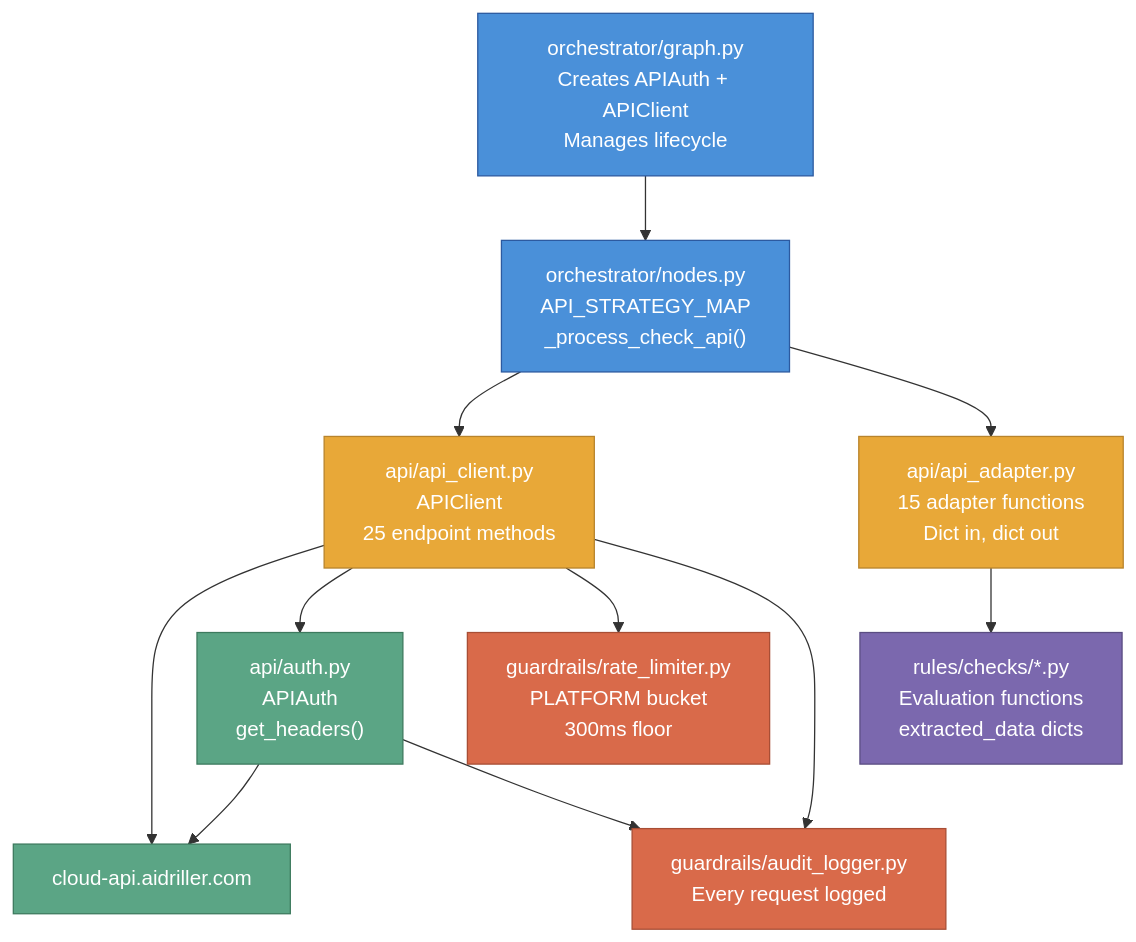
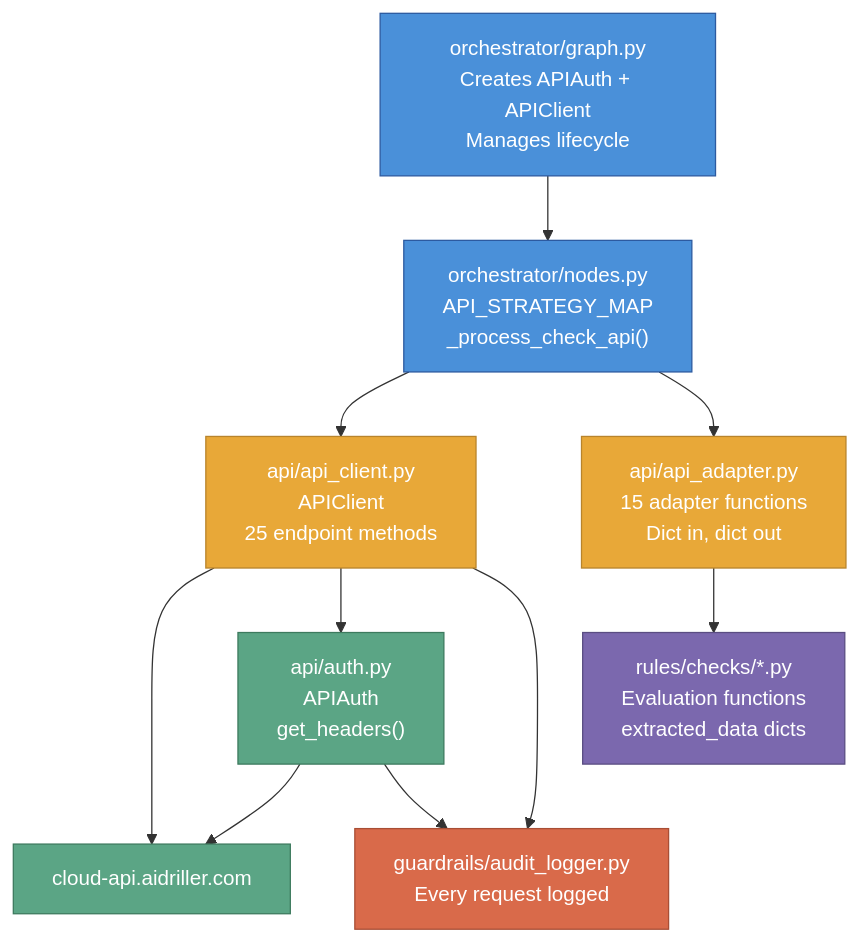
Before and after one commit to robert-blue-datascience/qc-agent-wiki: the diagram in technical/api-layer.md, drawn with Mermaid. The commit also changed other lines of this file and 9 other files, not shown here.

````diff
--- a/technical/api-layer.md
+++ b/technical/api-layer.md
@@ -34,23 +34,21 @@
 ```mermaid
 flowchart TD
     A["orchestrator/graph.py\nCreates APIAuth + APIClient\nManages lifecycle"] --> B["orchestrator/nodes.py\nAPI_STRATEGY_MAP\n_process_check_api()"]
     B --> C["api/api_client.py\nAPIClient\n25 endpoint methods"]
     B --> D["api/api_adapter.py\n15 adapter functions\nDict in, dict out"]
     C --> E["cloud-api.aidriller.com"]
     C --> F["api/auth.py\nAPIAuth\nget_headers()"]
     F --> E
-    C --> G["guardrails/rate_limiter.py\nPLATFORM bucket\n300ms floor"]
     C --> H["guardrails/audit_logger.py\nEvery request logged"]
     F --> H
     D --> I["rules/checks/*.py\nEvaluation functions\nextracted_data dicts"]
 
     style A fill:#4a90d9,stroke:#2c5aa0,color:#fff
     style B fill:#4a90d9,stroke:#2c5aa0,color:#fff
     style C fill:#e8a838,stroke:#b8842c,color:#fff
     style D fill:#e8a838,stroke:#b8842c,color:#fff
     style E fill:#5ba585,stroke:#3d7a5e,color:#fff
     style F fill:#5ba585,stroke:#3d7a5e,color:#fff
-    style G fill:#d96a4a,stroke:#a84e35,color:#fff
     style H fill:#d96a4a,stroke:#a84e35,color:#fff
     style I fill:#7b68ae,stroke:#5a4d82,color:#fff
 ```
````
